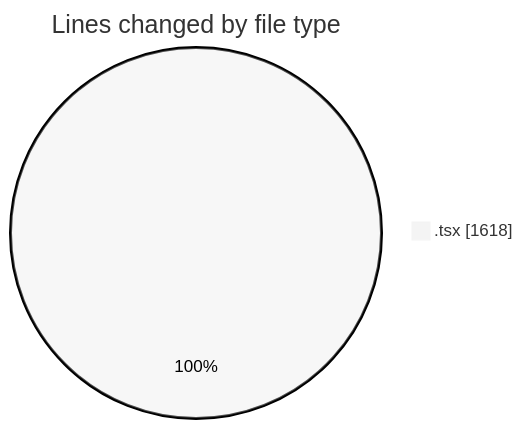
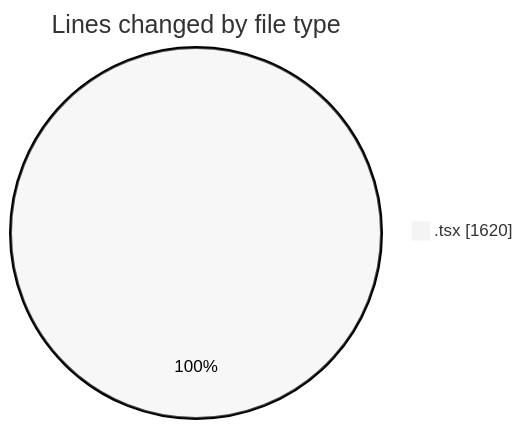
Before and after one commit to nxtqubesakshisongat/code-tracking: the first of 2 diagrams in 2026-03-18/nxtqube_webapp/README.md, drawn with Mermaid (neutral theme). The commit also changed other lines of this file and 1 other file, not shown here.

````diff
--- a/2026-03-18/nxtqube_webapp/README.md
+++ b/2026-03-18/nxtqube_webapp/README.md
@@ -23,5 +23,5 @@
 ```mermaid
 pie showData
 title Lines changed by file type
-".tsx" : 1618
+".tsx" : 1620
 ```
````
